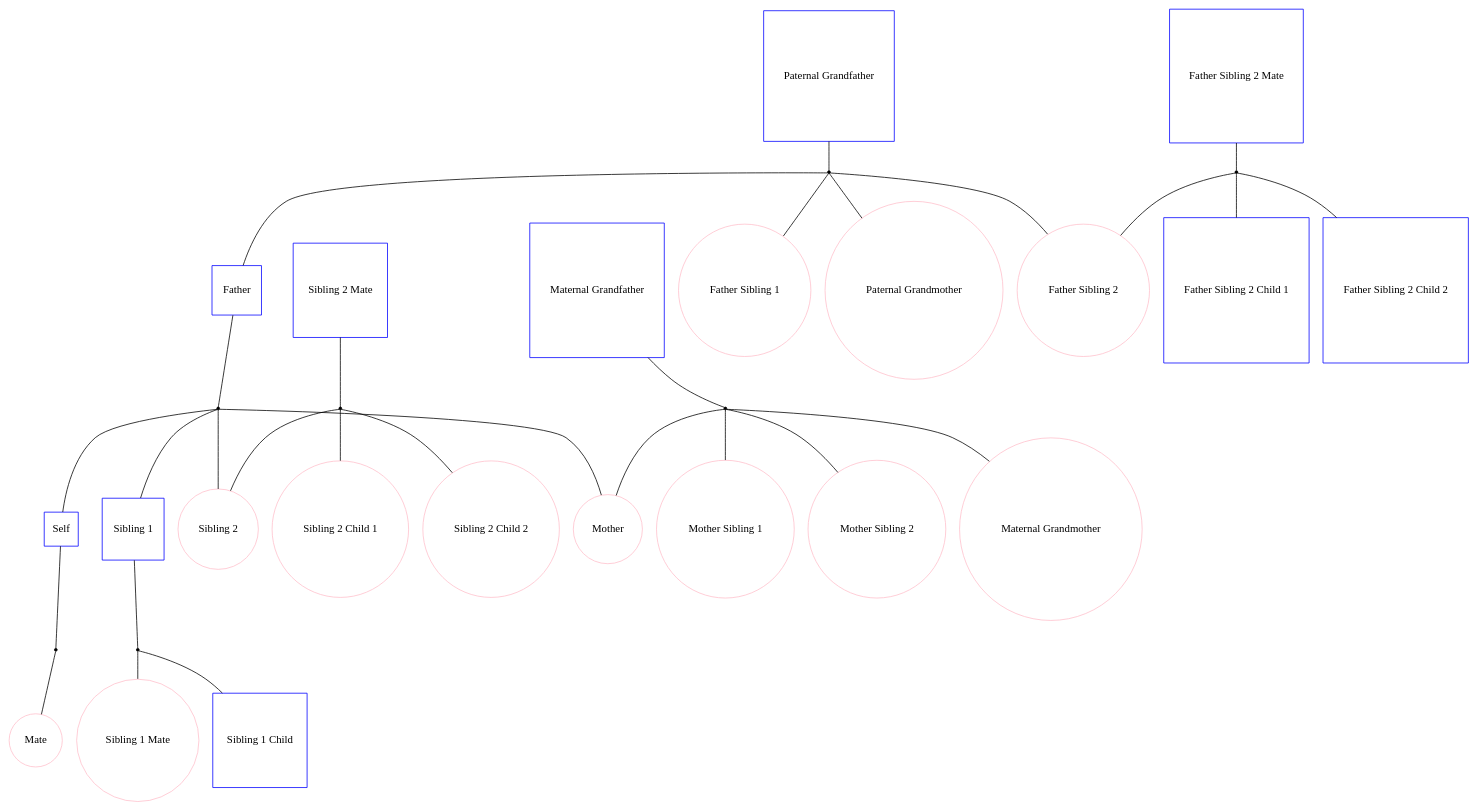
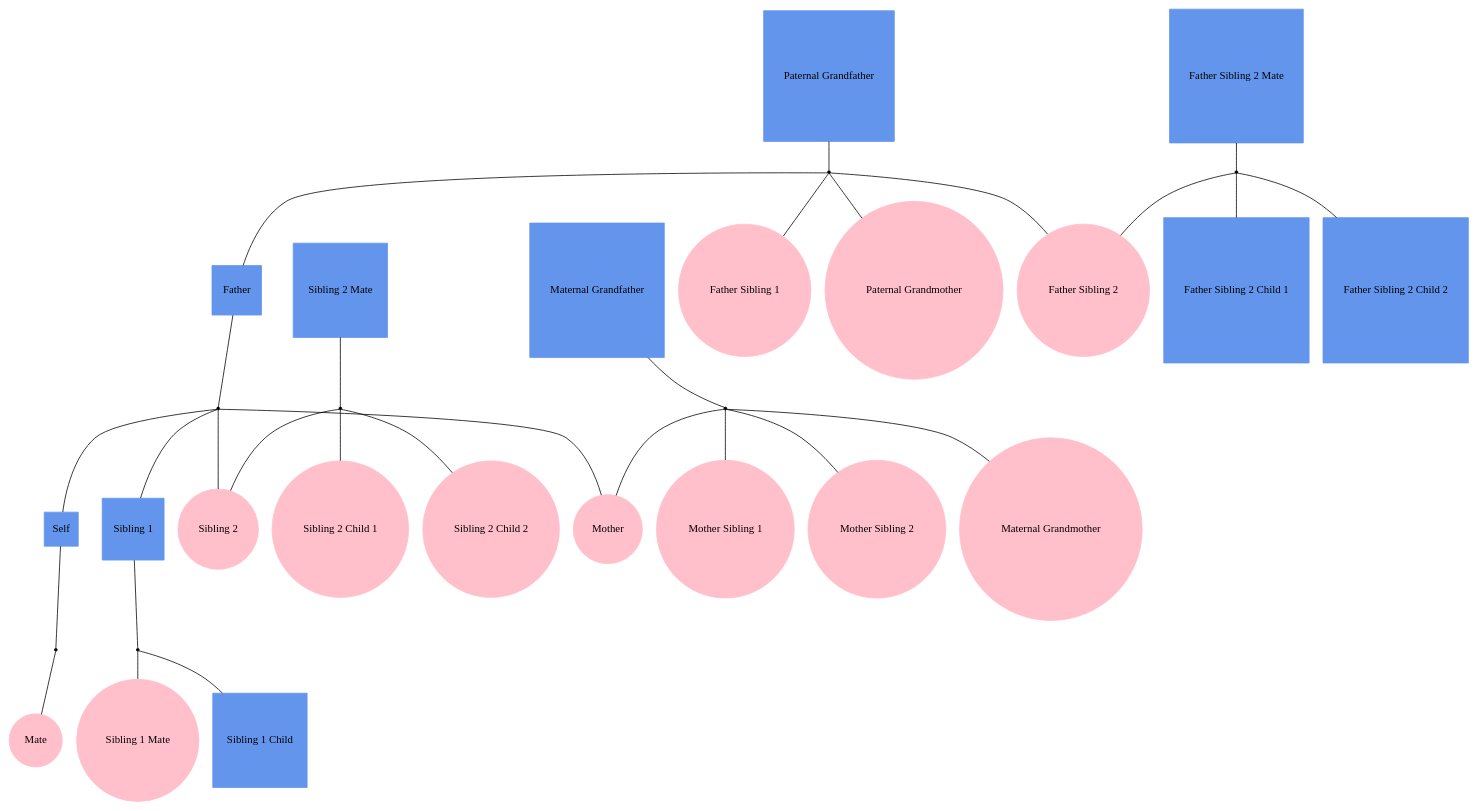
One commit to phewing/teamM_L changed the diagram in encoder/out20.gv. Above: the diagram before and after it, drawn with Graphviz. The commit also changed 21 other files, not shown here.

```diff
--- a/encoder/out20.gv
+++ b/encoder/out20.gv
@@ -1,56 +1,56 @@
 
 graph f20 {
-"Self" [shape=box, regular=1, color="blue"];
-"Mate" [shape=oval, regular=1, color="pink"];
-"Sibling 1" [shape=box, regular=1, color="blue"];
-"Sibling 1 Mate" [shape=oval, regular=1, color="pink"];
-"Sibling 1 Child" [shape=box, regular=1, color="blue"];
-"Sibling 2" [shape=oval, regular=1, color="pink"];
-"Sibling 2 Mate" [shape=box, regular=1, color="blue"];
-"Sibling 2 Child 1" [shape=oval, regular=1, color="pink"];
-"Sibling 2 Child 2" [shape=oval, regular=1, color="pink"];
-"Mother" [shape=oval, regular=1, color="pink"];
-"Mother Sibling 1" [shape=oval, regular=1, color="pink"];
-"Mother Sibling 2" [shape=oval, regular=1, color="pink"];
-"Maternal Grandmother" [shape=oval, regular=1, color="pink"];
-"Maternal Grandfather" [shape=box, regular=1, color="blue"];
-"Father" [shape=box, regular=1, color="blue"];
-"Father Sibling 1" [shape=oval, regular=1, color="pink"];
-"Father Sibling 2" [shape=oval, regular=1, color="pink"];
-"Father Sibling 2 Mate" [shape=box, regular=1, color="blue"];
-"Father Sibling 2 Child 1" [shape=box, regular=1, color="blue"];
-"Father Sibling 2 Child 2" [shape=box, regular=1, color="blue"];
-"Paternal Grandmother" [shape=oval, regular=1, color="pink"];
-"Paternal Grandfather" [shape=box, regular=1, color="blue"];
+"Self" [shape=box, style=filled, regular=1, color="cornflowerblue"];
+"Mate" [shape=oval, style=filled, regular=1, color="pink"];
+"Sibling 1" [shape=box, style=filled, regular=1, color="cornflowerblue"];
+"Sibling 1 Mate" [shape=oval, style=filled, regular=1, color="pink"];
+"Sibling 1 Child" [shape=box, style=filled, regular=1, color="cornflowerblue"];
+"Sibling 2" [shape=oval, style=filled, regular=1, color="pink"];
+"Sibling 2 Mate" [shape=box, style=filled, regular=1, color="cornflowerblue"];
+"Sibling 2 Child 1" [shape=oval, style=filled, regular=1, color="pink"];
+"Sibling 2 Child 2" [shape=oval, style=filled, regular=1, color="pink"];
+"Mother" [shape=oval, style=filled, regular=1, color="pink"];
+"Mother Sibling 1" [shape=oval, style=filled, regular=1, color="pink"];
+"Mother Sibling 2" [shape=oval, style=filled, regular=1, color="pink"];
+"Maternal Grandmother" [shape=oval, style=filled, regular=1, color="pink"];
+"Maternal Grandfather" [shape=box, style=filled, regular=1, color="cornflowerblue"];
+"Father" [shape=box, style=filled, regular=1, color="cornflowerblue"];
+"Father Sibling 1" [shape=oval, style=filled, regular=1, color="pink"];
+"Father Sibling 2" [shape=oval, style=filled, regular=1, color="pink"];
+"Father Sibling 2 Mate" [shape=box, style=filled, regular=1, color="cornflowerblue"];
+"Father Sibling 2 Child 1" [shape=box, style=filled, regular=1, color="cornflowerblue"];
+"Father Sibling 2 Child 2" [shape=box, style=filled, regular=1, color="cornflowerblue"];
+"Paternal Grandmother" [shape=oval, style=filled, regular=1, color="pink"];
+"Paternal Grandfather" [shape=box, style=filled, regular=1, color="cornflowerblue"];
 
 "self+mate" [shape=point];
 "sibling1+sibling1mate" [shape=point];
 "sibling2mate+sibling2" [shape=point];
 "maternalgrandfather+maternalgrandmother" [shape=point];
 "father+mother" [shape=point];
 "fathersibling2mate+fathersibling2" [shape=point];
 "paternalgrandfather+paternalgrandmother" [shape=point];
 
 "Self" -- "self+mate" -- "Mate";
 "Sibling 1" -- "sibling1+sibling1mate" -- "Sibling 1 Mate";
 "Sibling 2 Mate" -- "sibling2mate+sibling2" -- "Sibling 2";
 "Maternal Grandfather" -- "maternalgrandfather+maternalgrandmother" -- "Maternal Grandmother";
 "Father" -- "father+mother" -- "Mother";
 "Father Sibling 2 Mate" -- "fathersibling2mate+fathersibling2" -- "Father Sibling 2";
 "Paternal Grandfather" -- "paternalgrandfather+paternalgrandmother" -- "Paternal Grandmother";
 
 "father+mother" -- "Self";
 "father+mother" -- "Sibling 1";
 "sibling1+sibling1mate" -- "Sibling 1 Child";
 "father+mother" -- "Sibling 2";
 "sibling2mate+sibling2" -- "Sibling 2 Child 1";
 "sibling2mate+sibling2" -- "Sibling 2 Child 2";
 "maternalgrandfather+maternalgrandmother" -- "Mother";
 "maternalgrandfather+maternalgrandmother" -- "Mother Sibling 1";
 "maternalgrandfather+maternalgrandmother" -- "Mother Sibling 2";
 "paternalgrandfather+paternalgrandmother" -- "Father";
 "paternalgrandfather+paternalgrandmother" -- "Father Sibling 1";
 "paternalgrandfather+paternalgrandmother" -- "Father Sibling 2";
 "fathersibling2mate+fathersibling2" -- "Father Sibling 2 Child 1";
 "fathersibling2mate+fathersibling2" -- "Father Sibling 2 Child 2";
 }
```
